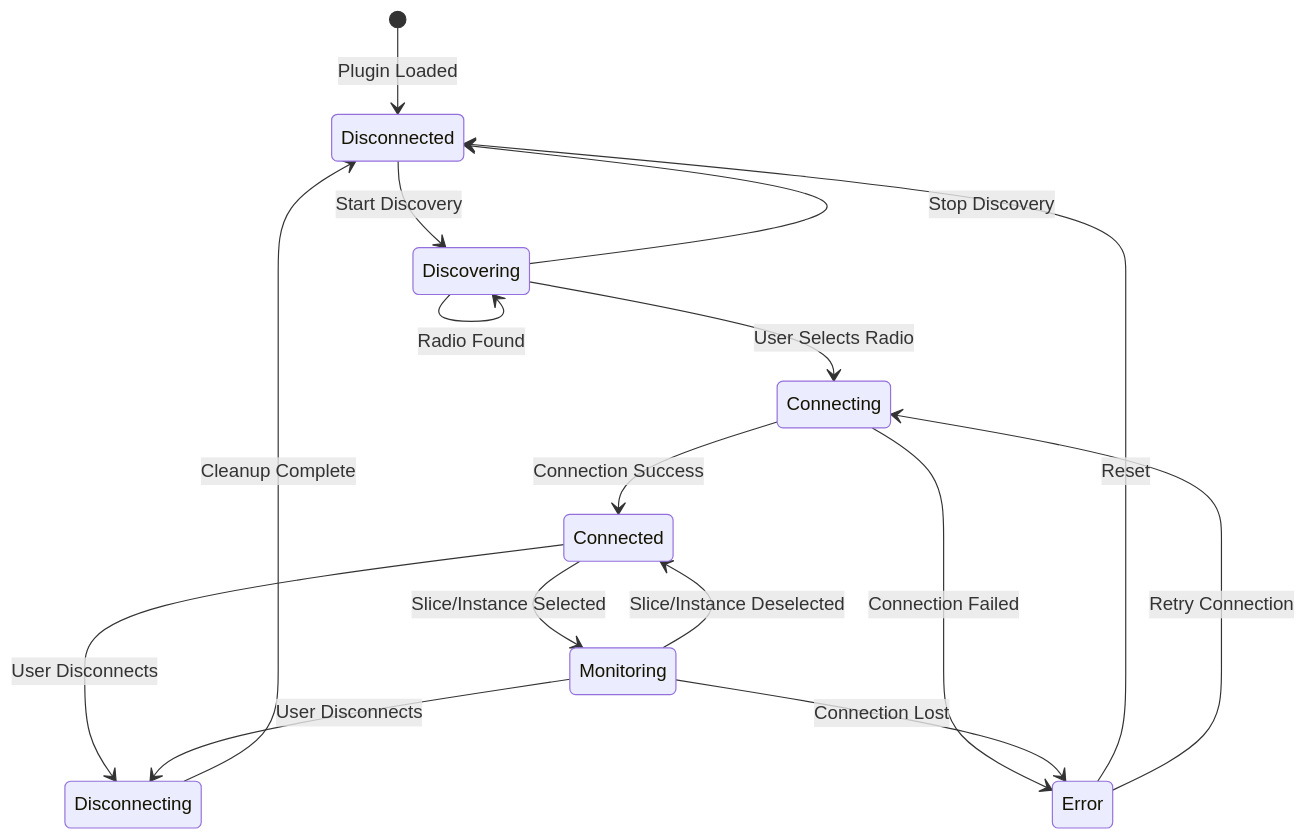
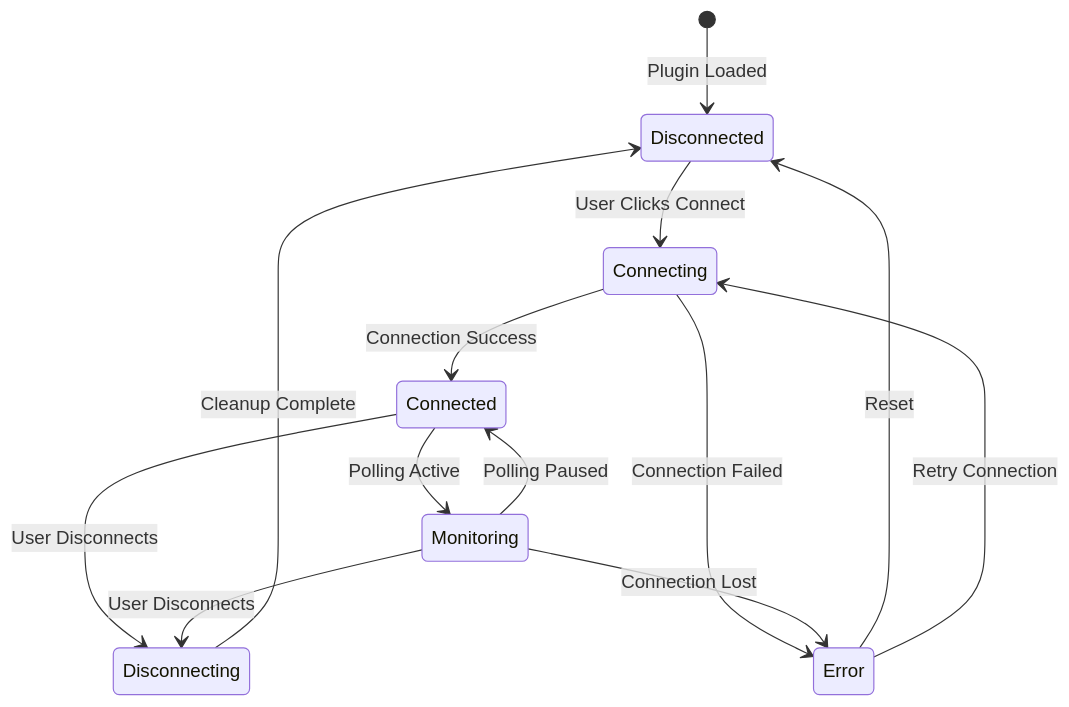
Before and after one commit to brianbruff/Log4YM: the second of 4 diagrams in docs/catctrl/prd.md, drawn with Mermaid. The commit also changed other lines of this file and 2 other files, not shown here.

First line of the commit message:
docs: update radio docs to reflect FlexRadio via Hamlib

````diff
--- a/docs/catctrl/prd.md
+++ b/docs/catctrl/prd.md
@@ -73,24 +79,20 @@
 ```mermaid
 stateDiagram-v2
     [*] --> Disconnected: Plugin Loaded
 
-    Disconnected --> Discovering: Start Discovery
-    Discovering --> Disconnected: Stop Discovery
-    Discovering --> Discovering: Radio Found
-    Discovering --> Connecting: User Selects Radio
-
+    Disconnected --> Connecting: User Clicks Connect
     Connecting --> Connected: Connection Success
     Connecting --> Error: Connection Failed
 
-    Connected --> Monitoring: Slice/Instance Selected
-    Monitoring --> Connected: Slice/Instance Deselected
+    Connected --> Monitoring: Polling Active
+    Monitoring --> Connected: Polling Paused
 
     Connected --> Disconnecting: User Disconnects
     Monitoring --> Disconnecting: User Disconnects
     Monitoring --> Error: Connection Lost
 
     Disconnecting --> Disconnected: Cleanup Complete
 
     Error --> Disconnected: Reset
     Error --> Connecting: Retry Connection
 ```
````
